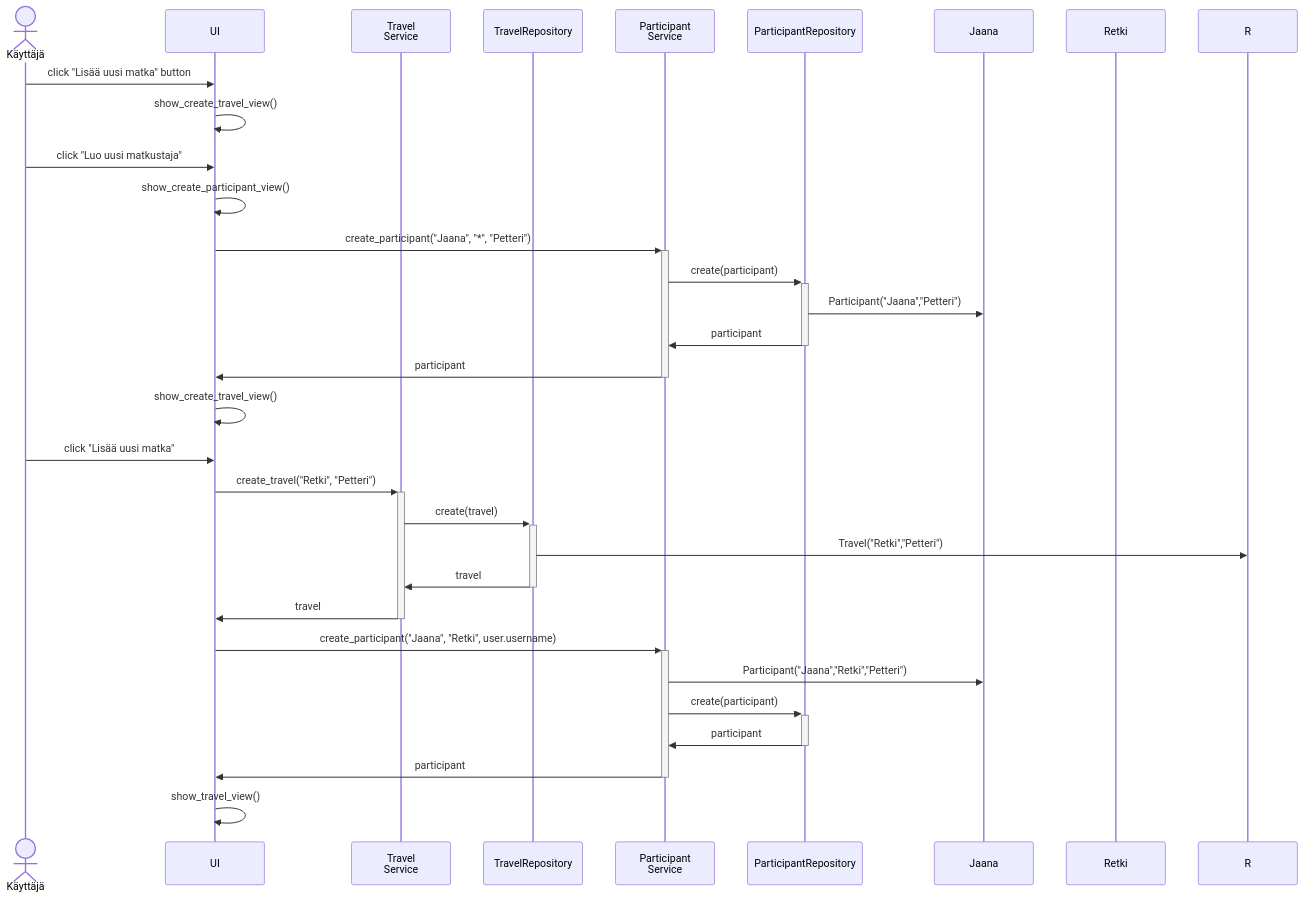
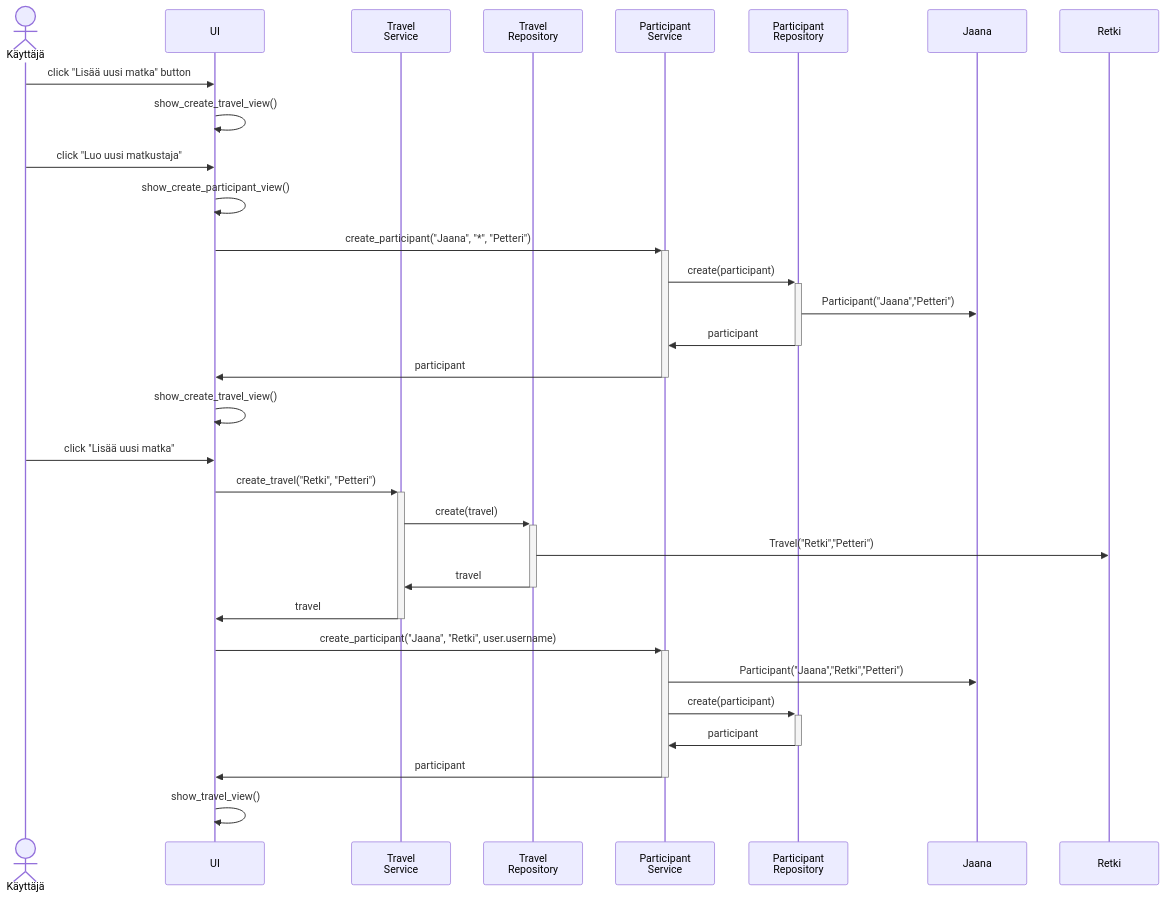
One commit to phuvio/ot-harjoitustyo changed the third of 3 diagrams in travel-expense-calculator-app/dokumentaatio/arkkitehtuuri.md. Above: the diagram before and after it, drawn with Mermaid.

````diff
--- a/travel-expense-calculator-app/dokumentaatio/arkkitehtuuri.md
+++ b/travel-expense-calculator-app/dokumentaatio/arkkitehtuuri.md
@@ -71,34 +71,34 @@
 ```mermaid
  sequenceDiagram
    Actor K as Käyttäjä
    participant U as UI
    participant T as Travel <br> Service
-   participant TR as TravelRepository
+   participant TR as Travel <br> Repository
    participant P as Participant <br> Service
-   participant PR as ParticipantRepository
+   participant PR as Participant <br> Repository
    participant J as Jaana
    participant M as Retki
    K->>U: click "Lisää uusi matka" button
    U->>U: show_create_travel_view()
    K->>U: click "Luo uusi matkustaja"
    U->>U: show_create_participant_view()
    U->>+P: create_participant("Jaana", "*", "Petteri")
    P->>+PR: create(participant)
    PR->>J: Participant("Jaana","Petteri")
    PR->>-P: participant
    P->>-U: participant
    U->>U: show_create_travel_view()
    K->>U: click "Lisää uusi matka"
    U->>+T: create_travel("Retki", "Petteri")
    T->>+TR: create(travel)
-   TR->>R: Travel("Retki","Petteri")
+   TR->>M: Travel("Retki","Petteri")
    TR->>-T: travel
    T->>-U: travel
    U->>+P: create_participant("Jaana", "Retki", user.username)
    P->>J: Participant("Jaana","Retki","Petteri")
    P->>+PR: create(participant)
    PR->>-P: participant
    P->>-U: participant
    U->>U: show_travel_view()
 
 ```
````
